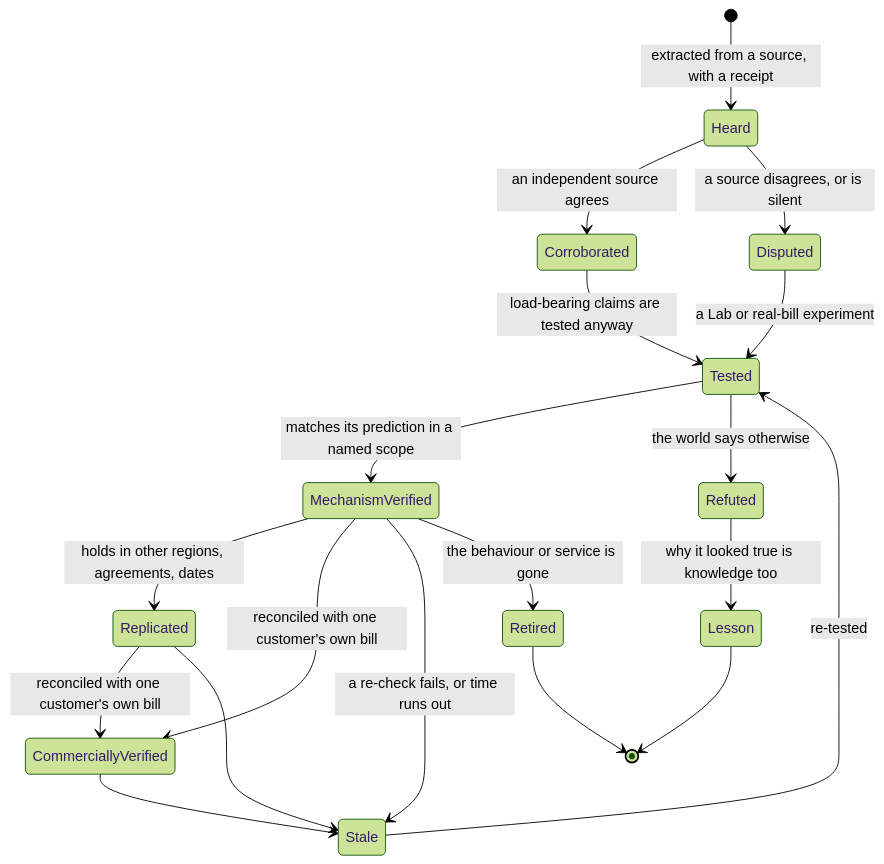
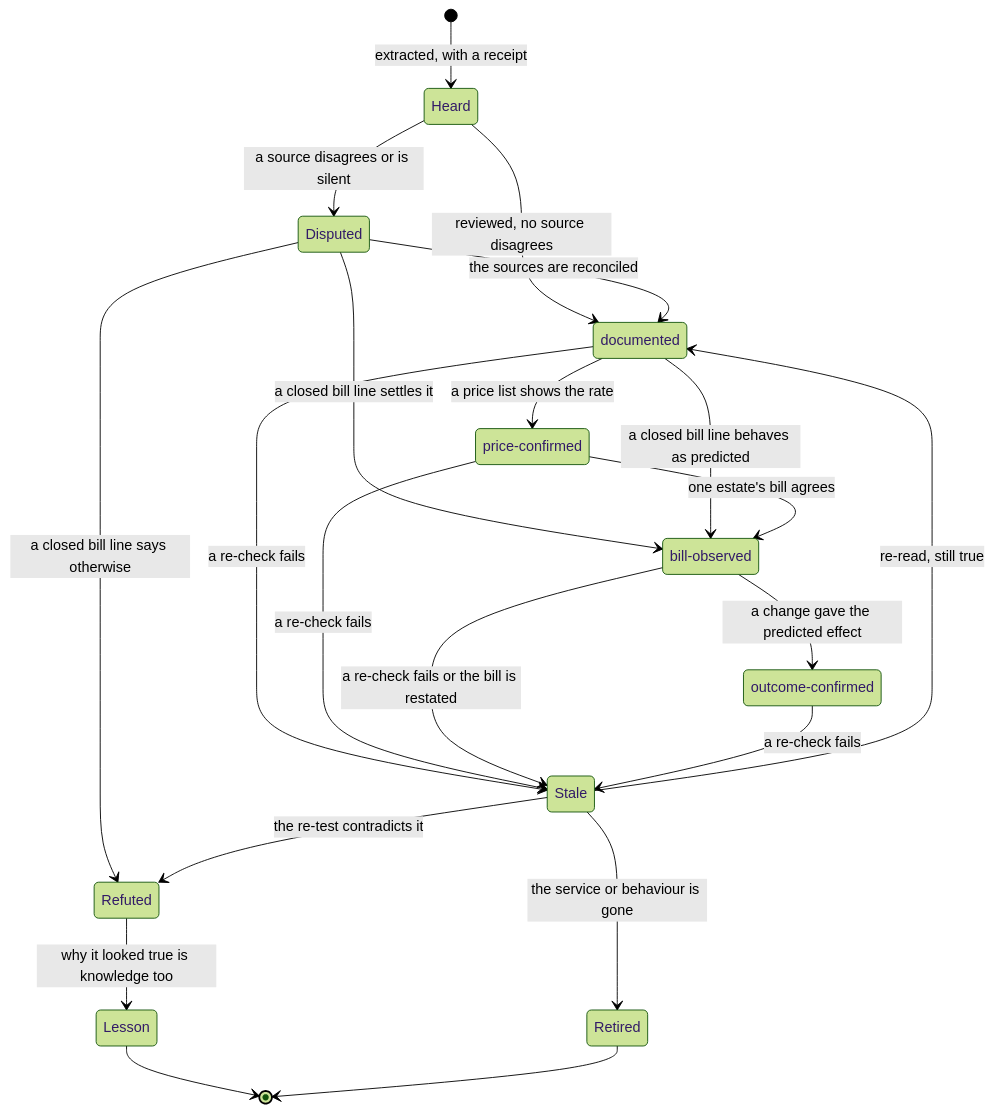
One commit to tinodo/meternaut changed the diagram in docs/02-learning-azure.md. Above: the diagram before and after it, drawn with Mermaid (forest theme). The commit also changed other lines of this file and 69 other files, not shown here.

````diff
--- a/docs/02-learning-azure.md
+++ b/docs/02-learning-azure.md
@@ -159,21 +119,27 @@
 ```mermaid
 stateDiagram-v2
-    [*] --> Heard: extracted from a source, with a receipt
-    Heard --> Corroborated: an independent source agrees
-    Heard --> Disputed: a source disagrees, or is silent
-    Disputed --> Tested: a Lab or real-bill experiment
-    Corroborated --> Tested: load-bearing claims are tested anyway
-    Tested --> MechanismVerified: matches its prediction in a named scope
-    Tested --> Refuted: the world says otherwise
-    MechanismVerified --> Replicated: holds in other regions, agreements, dates
-    MechanismVerified --> CommerciallyVerified: reconciled with one customer's own bill
-    Replicated --> CommerciallyVerified: reconciled with one customer's own bill
-    MechanismVerified --> Stale: a re-check fails, or time runs out
-    Replicated --> Stale
-    CommerciallyVerified --> Stale
-    Stale --> Tested: re-tested
+    state "documented" as Documented
+    state "price-confirmed" as PriceConfirmed
+    state "bill-observed" as BillObserved
+    state "outcome-confirmed" as OutcomeConfirmed
+    [*] --> Heard: extracted, with a receipt
+    Heard --> Documented: reviewed, no source disagrees
+    Heard --> Disputed: a source disagrees or is silent
+    Disputed --> Documented: the sources are reconciled
+    Disputed --> BillObserved: a closed bill line settles it
+    Disputed --> Refuted: a closed bill line says otherwise
+    Documented --> PriceConfirmed: a price list shows the rate
+    Documented --> BillObserved: a closed bill line behaves as predicted
+    PriceConfirmed --> BillObserved: one estate's bill agrees
+    BillObserved --> OutcomeConfirmed: a change gave the predicted effect
+    Documented --> Stale: a re-check fails
+    PriceConfirmed --> Stale: a re-check fails
+    BillObserved --> Stale: a re-check fails or the bill is restated
+    OutcomeConfirmed --> Stale: a re-check fails
+    Stale --> Documented: re-read, still true
+    Stale --> Refuted: the re-test contradicts it
+    Stale --> Retired: the service or behaviour is gone
     Refuted --> Lesson: why it looked true is knowledge too
-    MechanismVerified --> Retired: the behaviour or service is gone
     Lesson --> [*]
     Retired --> [*]
 ```
````
